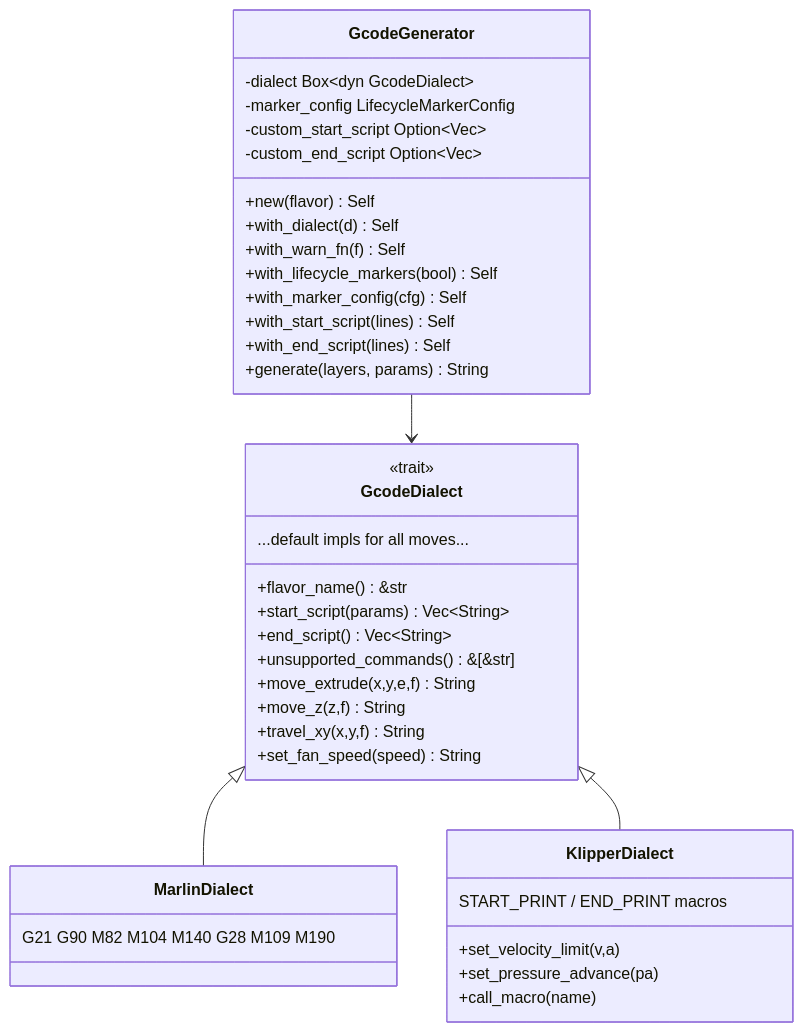
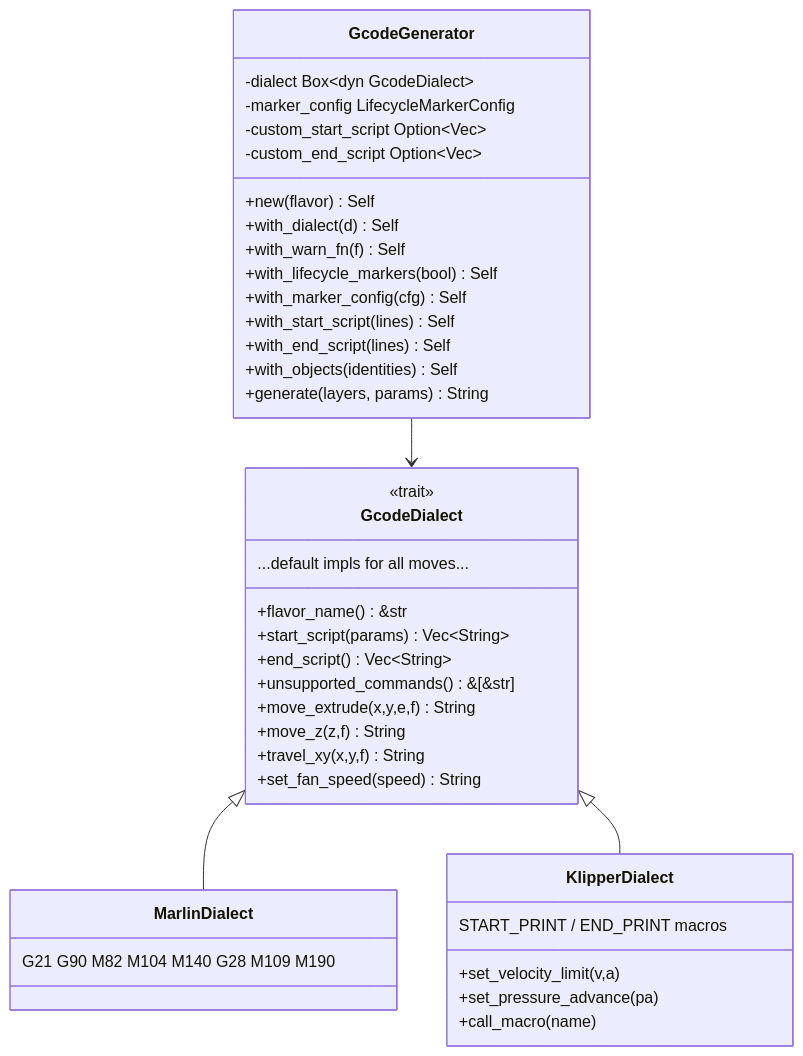
The second of 6 diagrams in src/gcode/README.md (ColdCrabby/slicer), drawn with Mermaid before and after one commit. The commit also changed other lines of this file and 32 other files, not shown here.

````diff
--- a/src/gcode/README.md
+++ b/src/gcode/README.md
@@ -54,42 +54,43 @@
 ```mermaid
 classDiagram
     class GcodeDialect {
         <<trait>>
         +flavor_name() &str
         +start_script(params) Vec~String~
         +end_script() Vec~String~
         +unsupported_commands() &[&str]
         +move_extrude(x,y,e,f) String
         +move_z(z,f) String
         +travel_xy(x,y,f) String
         +set_fan_speed(speed) String
         ...default impls for all moves...
     }
     class MarlinDialect {
         G21 G90 M82 M104 M140 G28 M109 M190
     }
     class KlipperDialect {
         START_PRINT / END_PRINT macros
         +set_velocity_limit(v,a)
         +set_pressure_advance(pa)
         +call_macro(name)
     }
     GcodeDialect <|-- MarlinDialect
     GcodeDialect <|-- KlipperDialect
 
     class GcodeGenerator {
         -dialect Box~dyn GcodeDialect~
         -marker_config LifecycleMarkerConfig
         -custom_start_script Option~Vec~
         -custom_end_script Option~Vec~
         +new(flavor) Self
         +with_dialect(d) Self
         +with_warn_fn(f) Self
         +with_lifecycle_markers(bool) Self
         +with_marker_config(cfg) Self
         +with_start_script(lines) Self
         +with_end_script(lines) Self
+        +with_objects(identities) Self
         +generate(layers, params) String
     }
     GcodeGenerator --> GcodeDialect
 ```
````
